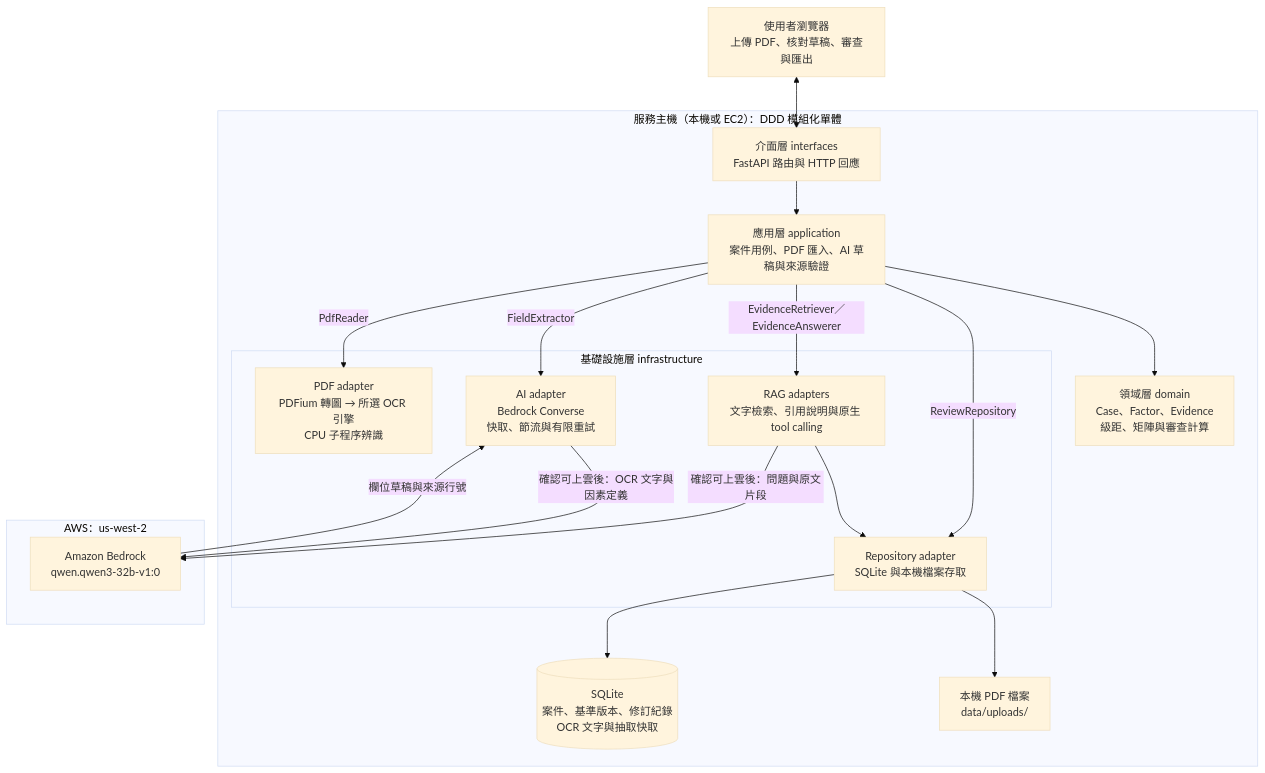
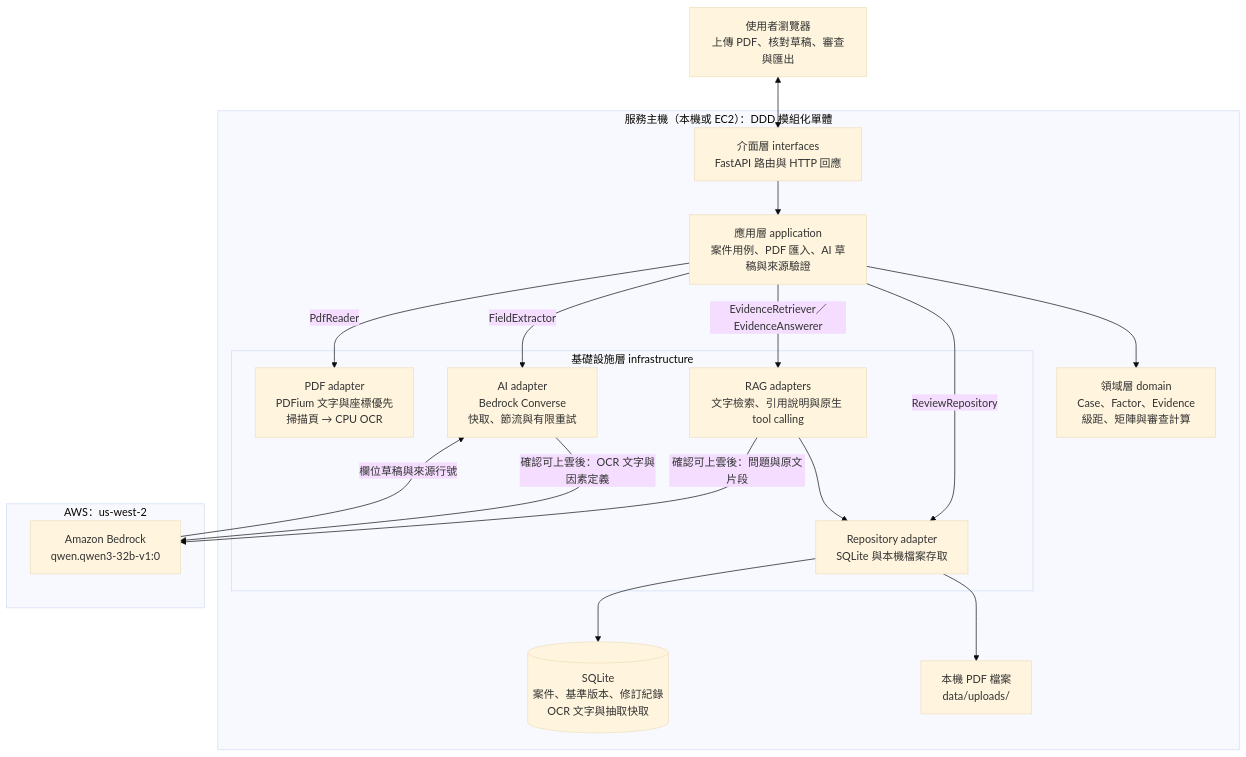
One commit to ChenYi0725/hackathon changed the first of 3 diagrams in README.md. Above: the diagram before and after it, drawn with Mermaid (base theme). The commit also changed other lines of this file and 16 other files, not shown here.

Commit message:
perf(DDD-08): extract digital PDF text before CPU OCR

````diff
--- a/README.md
+++ b/README.md
@@ -15,38 +15,38 @@
 ```mermaid
 flowchart TB
     USER["使用者瀏覽器<br/>上傳 PDF、核對草稿、審查與匯出"]
 
     subgraph LOCAL["服務主機（本機或 EC2）：DDD 模組化單體"]
         HTTP["介面層 interfaces<br/>FastAPI 路由與 HTTP 回應"]
         APP["應用層 application<br/>案件用例、PDF 匯入、AI 草稿與來源驗證"]
         DOMAIN["領域層 domain<br/>Case、Factor、Evidence<br/>級距、矩陣與審查計算"]
 
         subgraph INFRA["基礎設施層 infrastructure"]
-            OCR["PDF adapter<br/>PDFium 轉圖 → 所選 OCR 引擎<br/>CPU 子程序辨識"]
+            OCR["PDF adapter<br/>PDFium 文字與座標優先<br/>掃描頁 → CPU OCR"]
             AI["AI adapter<br/>Bedrock Converse<br/>快取、節流與有限重試"]
             RAG["RAG adapters<br/>文字檢索、引用說明與原生 tool calling"]
             REPO["Repository adapter<br/>SQLite 與本機檔案存取"]
         end
 
         DB[("SQLite<br/>案件、基準版本、修訂紀錄<br/>OCR 文字與抽取快取")]
         FILES["本機 PDF 檔案<br/>data/uploads/"]
     end
 
     subgraph CLOUD["AWS：us-west-2"]
         MODEL["Amazon Bedrock<br/>qwen.qwen3-32b-v1:0"]
     end
 
     USER <--> HTTP
     HTTP --> APP
     APP --> DOMAIN
     APP -->|PdfReader| OCR
     APP -->|FieldExtractor| AI
     APP -->|ReviewRepository| REPO
     APP -->|EvidenceRetriever／EvidenceAnswerer| RAG
     RAG --> REPO
     RAG -->|確認可上雲後：問題與原文片段| MODEL
     REPO --> DB
     REPO --> FILES
     AI -->|確認可上雲後：OCR 文字與因素定義| MODEL
     MODEL -->|欄位草稿與來源行號| AI
 ```
````
